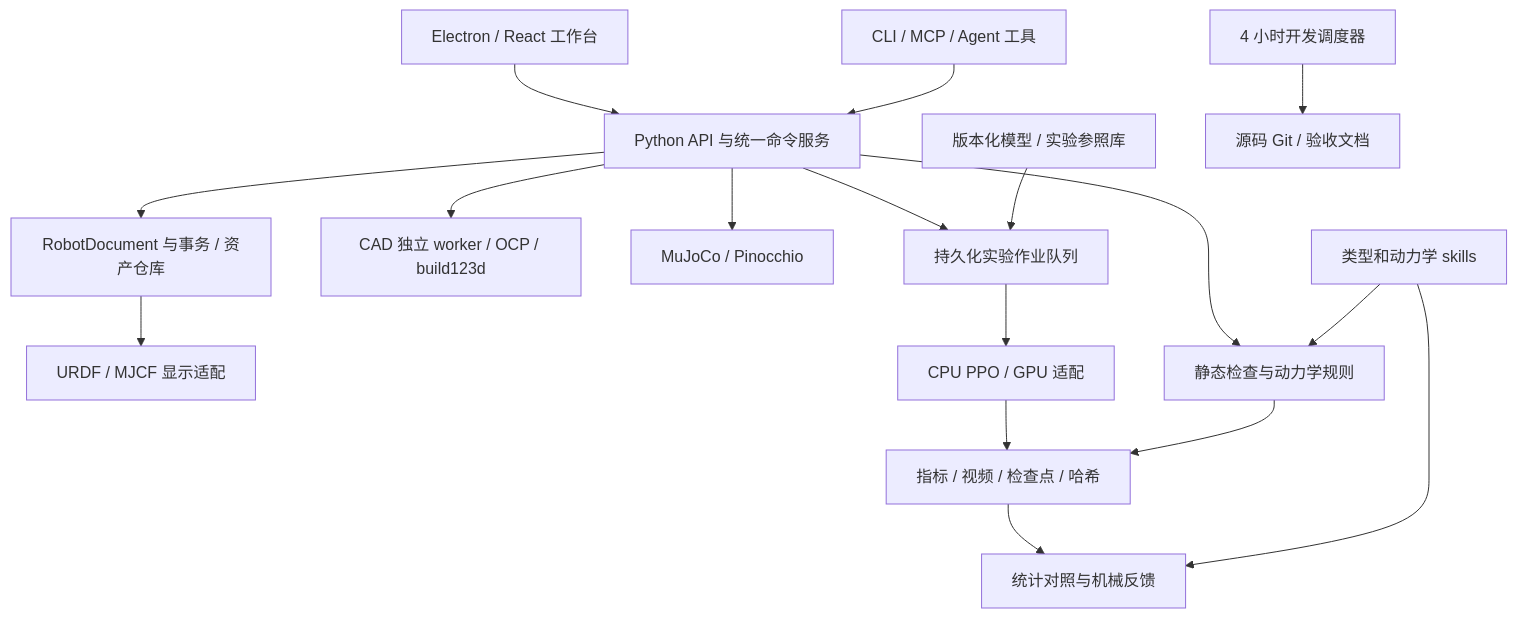
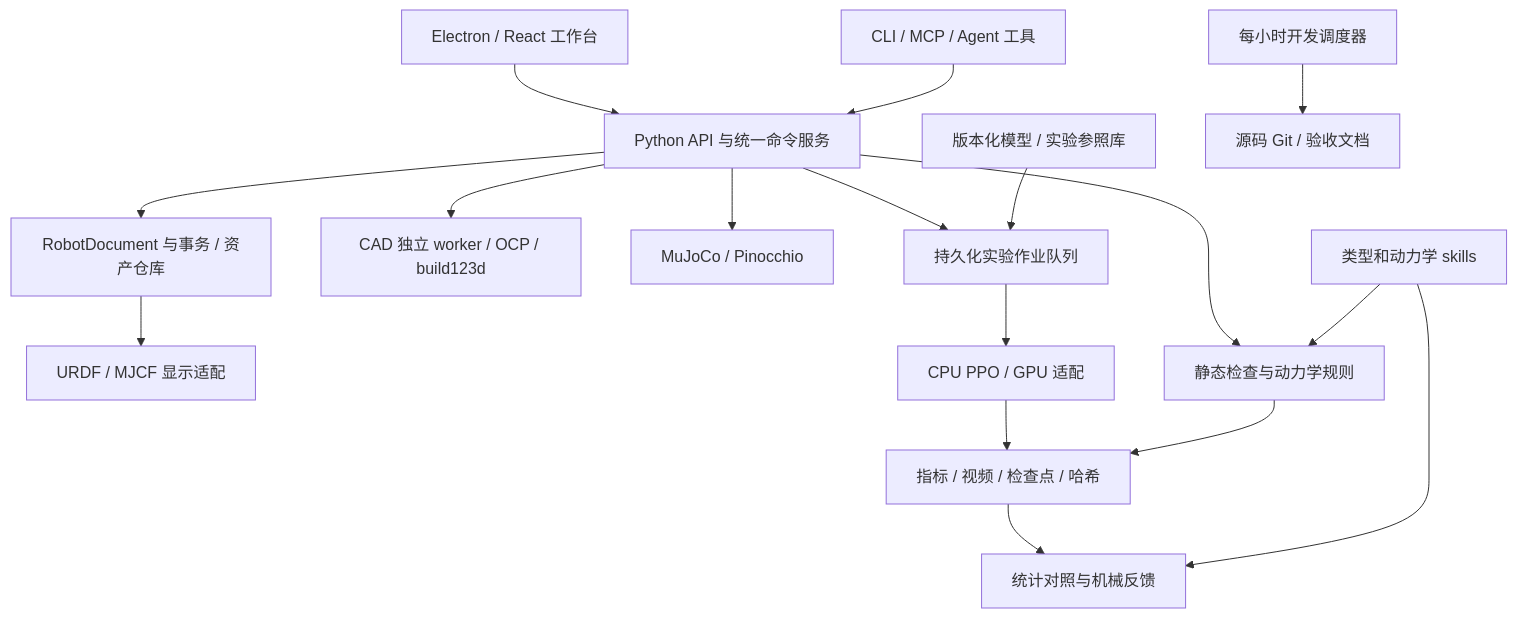
The diagram in docs/ARCHITECTURE.md (qyw23AI/URDFTools), drawn with Mermaid before and after one commit. The commit also changed other lines of this file and 18 other files, not shown here.

````diff
--- a/docs/ARCHITECTURE.md
+++ b/docs/ARCHITECTURE.md
@@ -32,19 +32,19 @@
 ```mermaid
 flowchart TD
   UI[Electron / React 工作台] --> API[Python API 与统一命令服务]
   CLI[CLI / MCP / Agent 工具] --> API
   API --> CORE[RobotDocument 与事务 / 资产仓库]
   CORE --> VIEW[URDF / MJCF 显示适配]
   API --> CAD[CAD 独立 worker / OCP / build123d]
   API --> RULE[静态检查与动力学规则]
   API --> SIM[MuJoCo / Pinocchio]
   API --> JOB[持久化实验作业队列]
   JOB --> RL[CPU PPO / GPU 适配]
   RL --> EVID[指标 / 视频 / 检查点 / 哈希]
   RULE --> EVID
   EVID --> REPORT[统计对照与机械反馈]
   SKILL[类型和动力学 skills] --> RULE
   SKILL --> REPORT
   REF[版本化模型 / 实验参照库] --> JOB
-  DEV[4 小时开发调度器] --> GIT[源码 Git / 验收文档]
+  DEV[每小时开发调度器] --> GIT[源码 Git / 验收文档]
 ```
````
